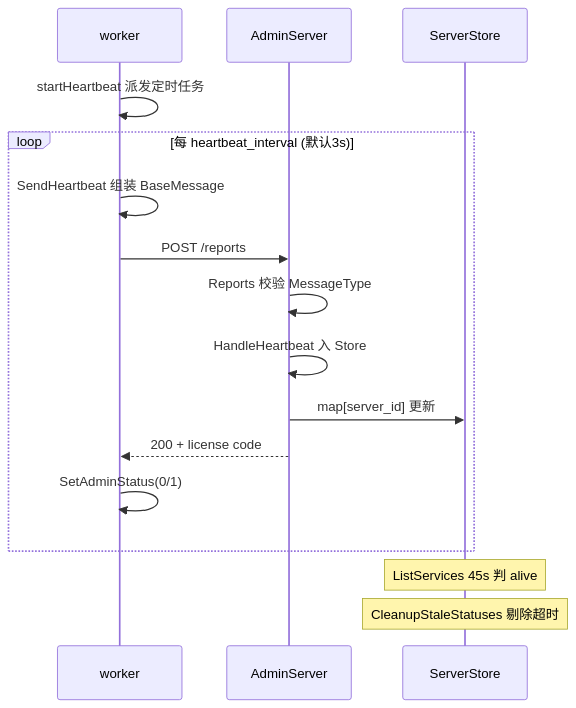
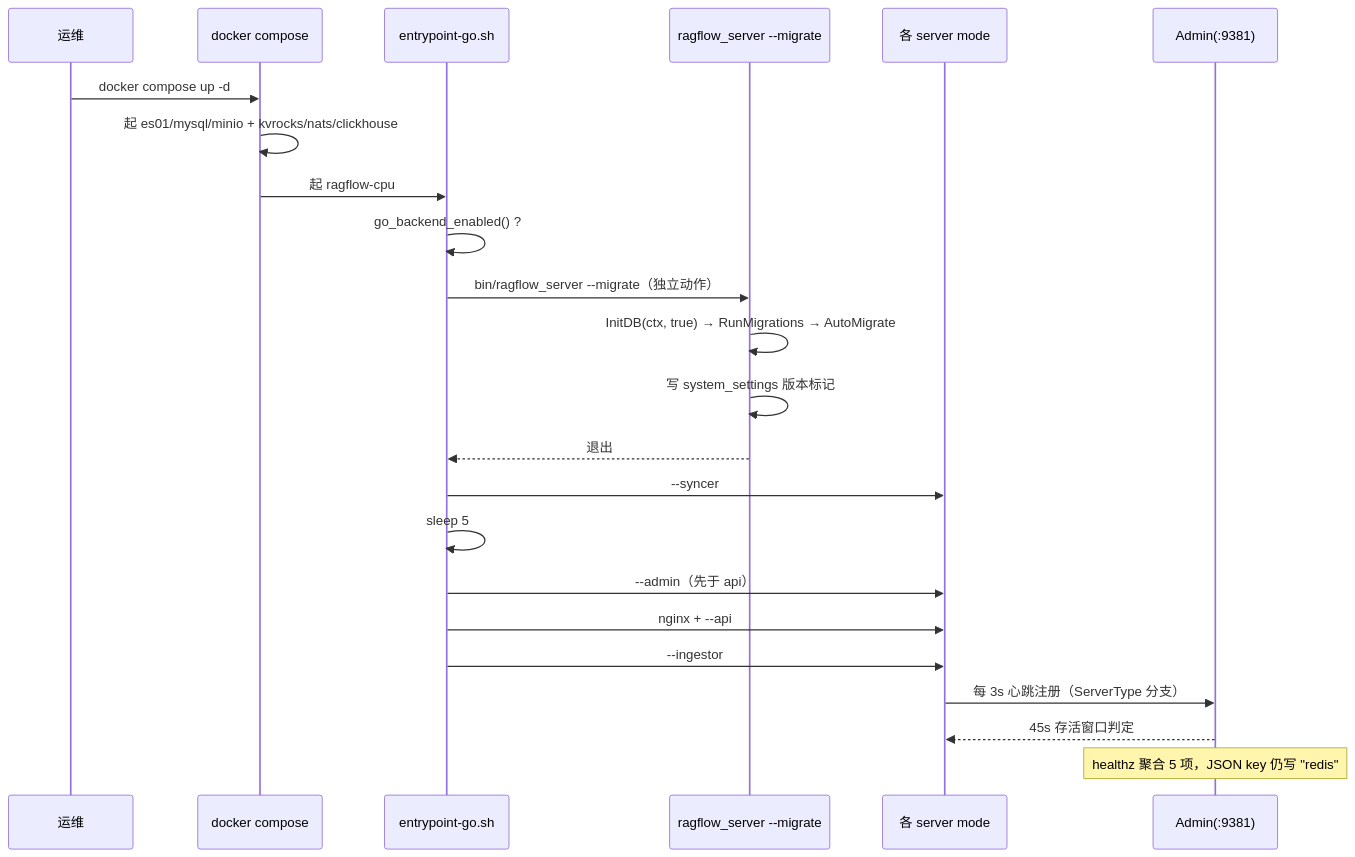
One commit to morehao/oss-insights changed the diagram in ai-agent/ragflow/deployment-admin.md. Above: the diagram before and after it, drawn with Mermaid. The commit also changed other lines of this file and 25 other files, not shown here.

First line of the commit message:
docs(ragflow): refresh insight docs for v1.0.0-rc1 Go rewrite and restructure architecture design (#50)

````diff
--- a/ai-agent/ragflow/deployment-admin.md
+++ b/ai-agent/ragflow/deployment-admin.md
@@ -204,18 +157,26 @@
 ```mermaid
 sequenceDiagram
-    participant W as worker
-    participant A as AdminServer
-    participant S as ServerStore
-    W->>W: startHeartbeat 派发定时任务
-    loop 每 heartbeat_interval (默认3s)
-        W->>W: SendHeartbeat 组装 BaseMessage
-        W->>A: POST /reports
-        A->>A: Reports 校验 MessageType
-        A->>A: HandleHeartbeat 入 Store
-        A->>S: map[server_id] 更新
-        A-->>W: 200 + license code
-        W->>W: SetAdminStatus(0/1)
-    end
-    Note over S: ListServices 45s 判 alive
-    Note over S: CleanupStaleStatuses 剔除超时
+    participant U as 运维
+    participant C as docker compose
+    participant EP as entrypoint-go.sh
+    participant M as ragflow_server --migrate
+    participant S as 各 server mode
+    participant A as Admin(:9381)
+
+    U->>C: docker compose up -d
+    C->>C: 起 es01/mysql/minio + kvrocks/nats/clickhouse
+    C->>EP: 起 ragflow-cpu
+    EP->>EP: go_backend_enabled() ?
+    EP->>M: bin/ragflow_server --migrate（独立动作）
+    M->>M: InitDB(ctx, true) → RunMigrations → AutoMigrate
+    M->>M: 写 system_settings 版本标记
+    M-->>EP: 退出
+    EP->>S: --syncer
+    EP->>EP: sleep 5
+    EP->>S: --admin（先于 api）
+    EP->>S: nginx + --api
+    EP->>S: --ingestor
+    S->>A: 每 3s 心跳注册（ServerType 分支）
+    A-->>S: 45s 存活窗口判定
+    Note over A: healthz 聚合 5 项，JSON key 仍写 "redis"
 ```
````
